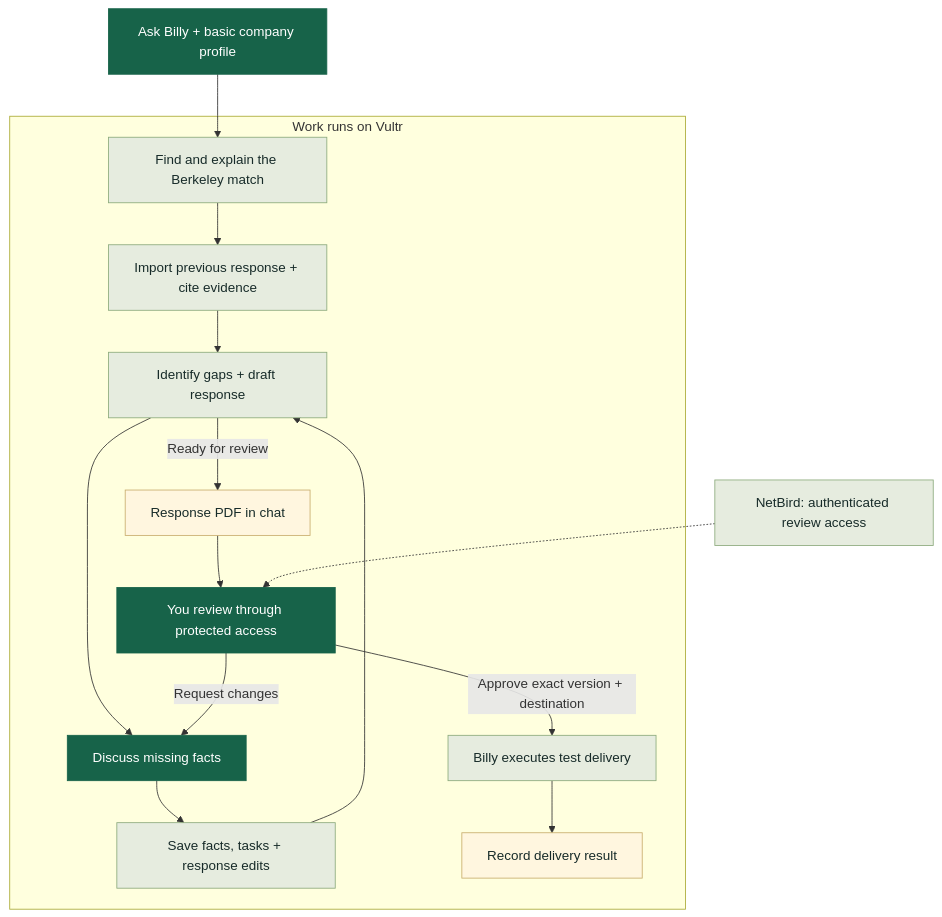
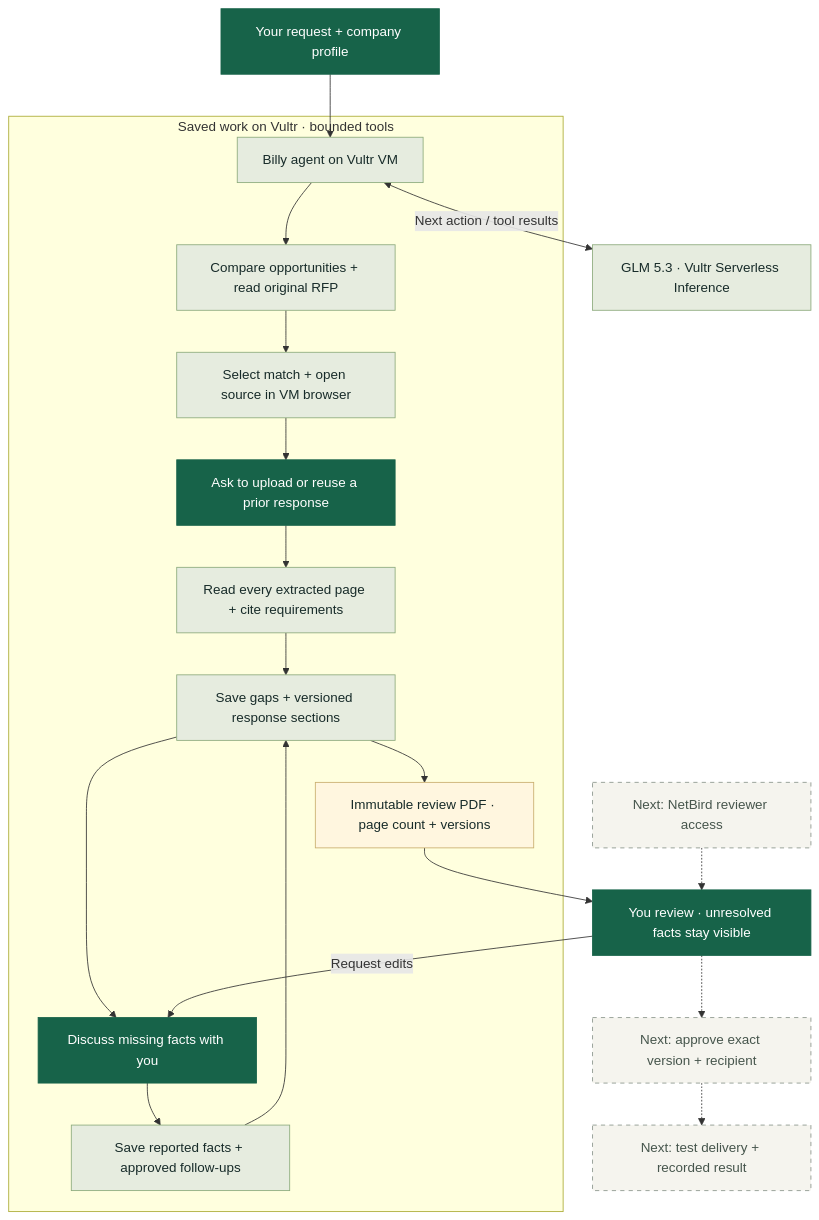
The diagram in site/assets/workflow.mmd (yveshughes/rfp-agent), drawn with Mermaid before and after one commit. The commit also changed 2 other files, not shown here.

Commit message:
Document live-tested GLM workflow and evidence review lessons

```diff
--- a/site/assets/workflow.mmd
+++ b/site/assets/workflow.mmd
@@ -1,23 +1,29 @@
 flowchart TD
-    accTitle: Billy end-to-end demo workflow
-    accDescr: Target workflow. A company profile informs discovery. A previous response supplies evidence. Discussion closes gaps before a reviewed PDF and explicit delivery approval. Vultr hosts the workflow; NetBird protects reviewer access.
-    A["Ask Billy + basic company profile"] --> B["Find and explain the Berkeley match"]
-    subgraph V["Work runs on Vultr"]
-      B --> C["Import previous response + cite evidence"]
-      C --> D["Identify gaps + draft response"]
-      D --> E["Discuss missing facts"]
-      E --> F["Save facts, tasks + response edits"]
-      F --> D
-      D -->|Ready for review| P["Response PDF in chat"]
-      P --> R["You review through protected access"]
-      R -->|Request changes| E
-      R -->|Approve exact version + destination| S["Billy executes test delivery"]
-      S --> T["Record delivery result"]
+    accTitle: Billy's live-tested workflow and remaining delivery integration
+    accDescr: GLM 5.3 through Vultr Serverless Inference selects bounded tools on the Vultr VM. The tested flow reads company facts, chooses an RFP, reads all extracted proposal pages, saves cited gaps and drafts, and generates an immutable review PDF. NetBird access and approval-bound delivery are planned.
+    A["Your request + company profile"] --> B["Billy agent on Vultr VM"]
+    B <-->|"Next action / tool results"| M["GLM 5.3 · Vultr Serverless Inference"]
+    subgraph V["Saved work on Vultr · bounded tools"]
+      B --> C["Compare opportunities + read original RFP"]
+      C --> D["Select match + open source in VM browser"]
+      D --> E["Ask to upload or reuse a prior response"]
+      E --> F["Read every extracted page + cite requirements"]
+      F --> G["Save gaps + versioned response sections"]
+      G --> H["Discuss missing facts with you"]
+      H --> I["Save reported facts + approved follow-ups"]
+      I --> G
+      G --> P["Immutable review PDF · page count + versions"]
     end
-    N["NetBird: authenticated review access"] -.-> R
+    P --> R["You review · unresolved facts stay visible"]
+    R -->|"Request edits"| H
+    N["Next: NetBird reviewer access"] -.-> R
+    R -.-> S["Next: approve exact version + recipient"]
+    S -.-> T["Next: test delivery + recorded result"]
     classDef work fill:#e6ecdf,stroke:#8caa7c,color:#172b29
     classDef human fill:#176349,stroke:#176349,color:#ffffff
     classDef output fill:#fff6df,stroke:#c8ad6d,color:#172b29
-    class B,C,D,F,S,N work
-    class A,E,R human
-    class P,T output
+    classDef planned fill:#f5f4ee,stroke:#89948b,color:#46554c,stroke-dasharray:5 5
+    class B,C,D,F,G,I,M work
+    class A,E,H,R human
+    class P output
+    class N,S,T planned
```
